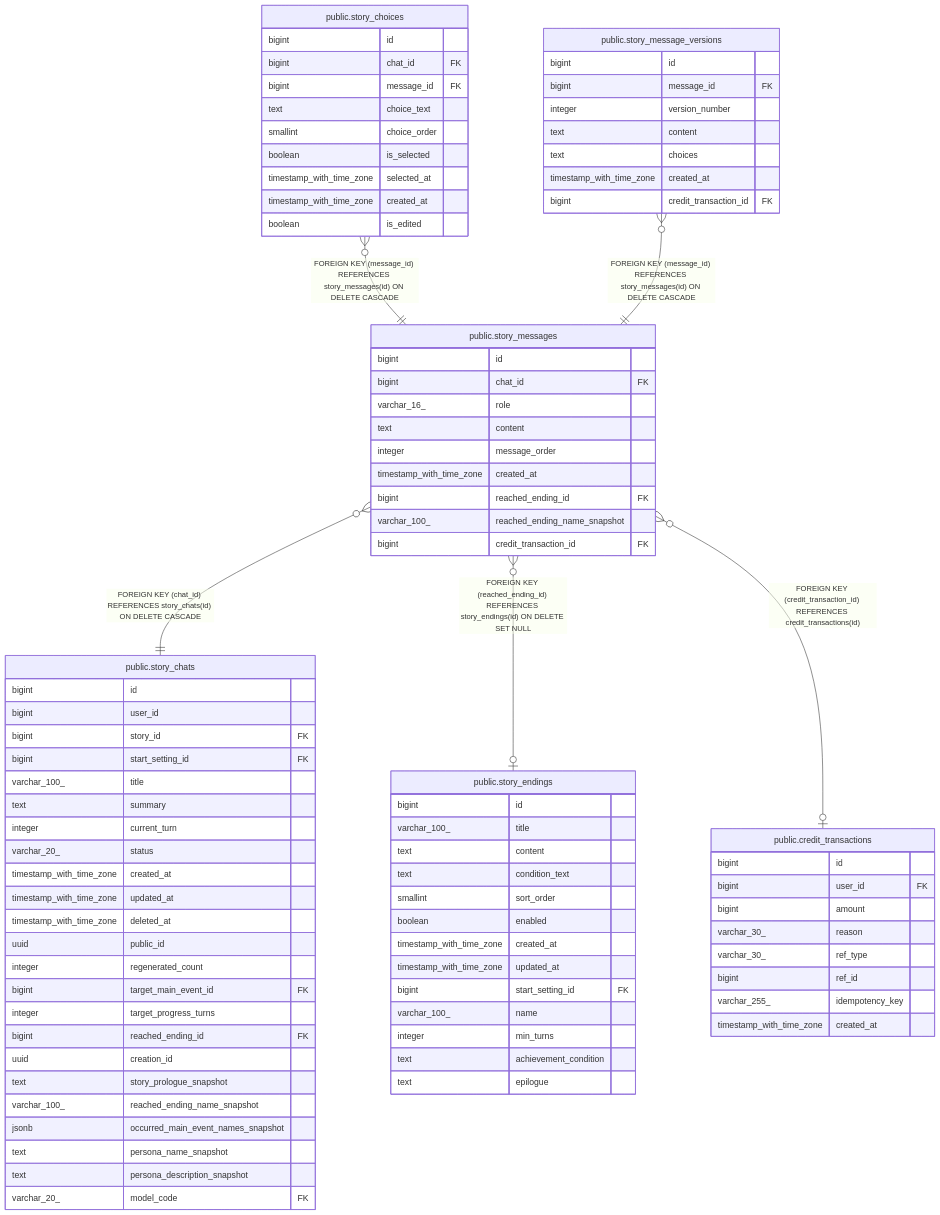
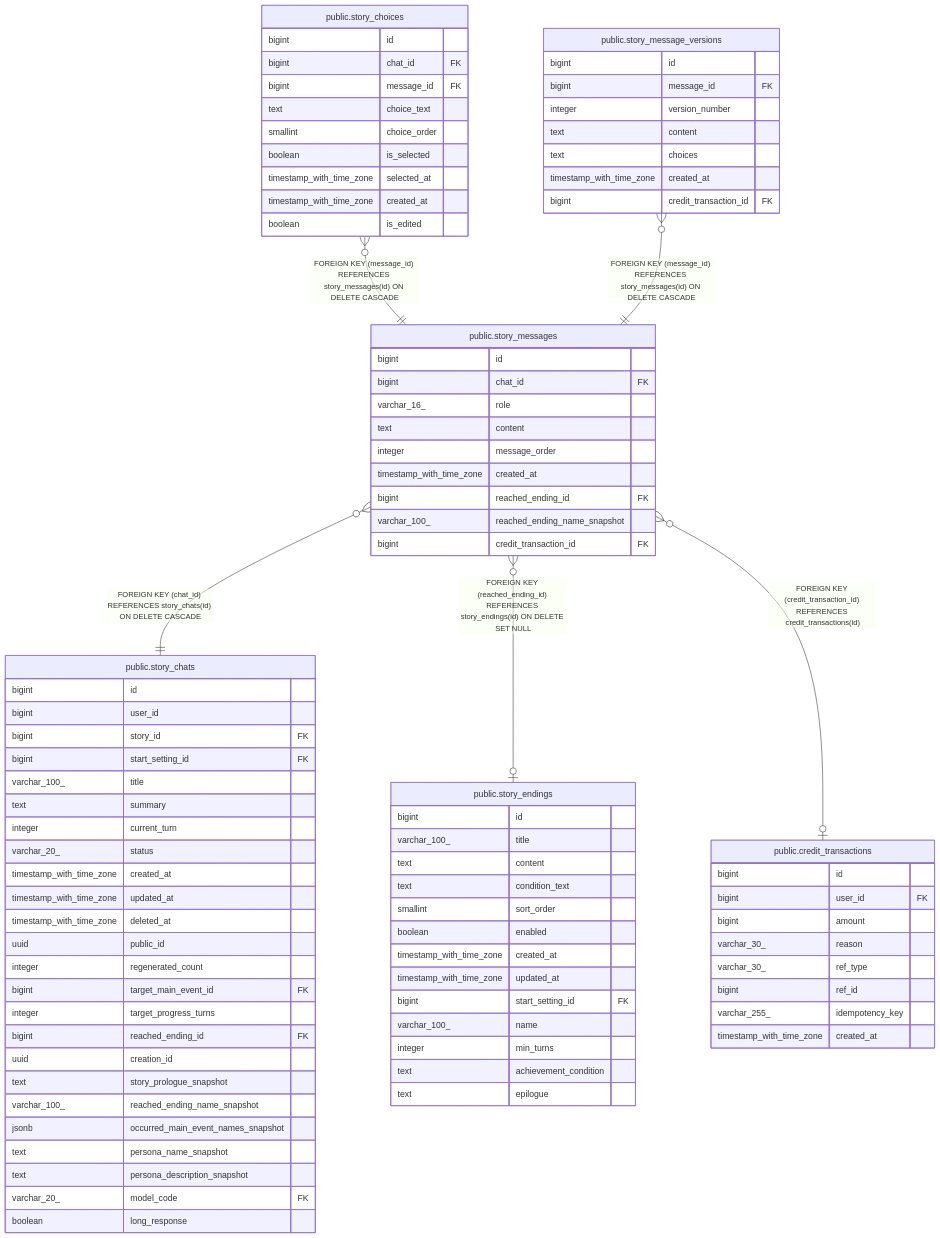
One commit to KIM-N-KANG/manyak-server changed the diagram in dbdoc/public.story_messages.md. Above: the diagram before and after it, drawn with Mermaid. The commit also changed 24 other files, not shown here.

```diff
--- a/dbdoc/public.story_messages.md
+++ b/dbdoc/public.story_messages.md
@@ -102,6 +102,7 @@
   text persona_name_snapshot
   text persona_description_snapshot
   varchar_20_ model_code FK
+  boolean long_response
 }
 "public.story_endings" {
   bigint id
```
